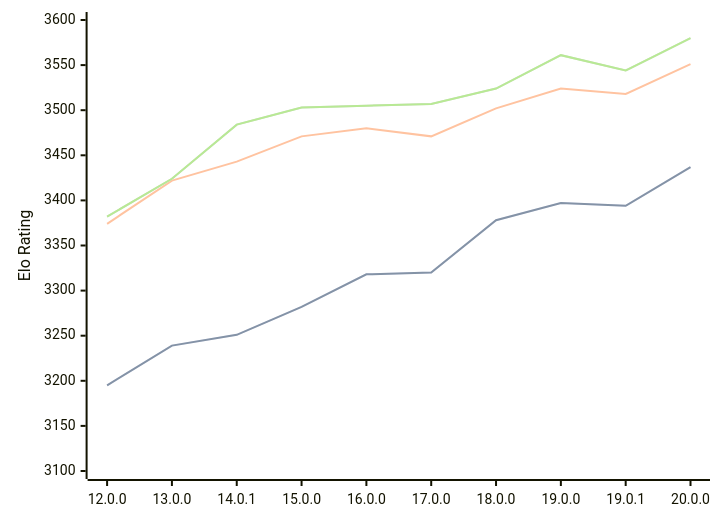
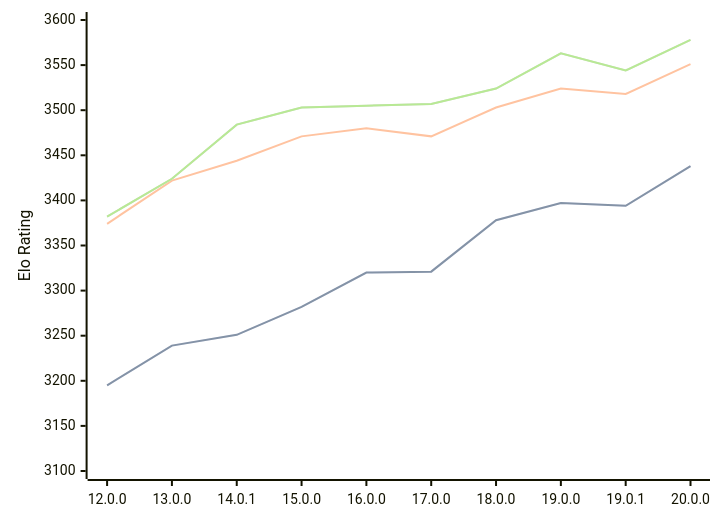
One commit to computer-chess-index/cci changed the diagram in engines/Viridithas.md. Above: the diagram before and after it, drawn with Mermaid. The commit also changed other lines of this file, not shown here.

Commit message:
Update CCI Ratings (ELO VLTC) - 2026-07-30

````diff
--- a/engines/Viridithas.md
+++ b/engines/Viridithas.md
@@ -64,11 +64,11 @@
 ```mermaid
 %%{init: {"theme":"base","themeVariables":{"seriesColors:['#a3a3a3','#222221','#faa371']}}}%%
 xychart-beta
   x-axis ["12.0.0", "13.0.0", "14.0.1", "15.0.0", "16.0.0", "17.0.0", "18.0.0", "19.0.0", "19.0.1", "20.0.0"]
   y-axis "Elo Rating" 3100 --> 3600
-  line "STC (8.0+0.08s)" [3195, 3239, 3251, 3282, 3318, 3320, 3378, 3397, 3394, 3437]
-  line "STC (8.0+0.08s)" [3195, 3239, 3251, 3282, 3318, 3320, 3378, 3397, 3394, 3437]
-  line "LTC (60.0+0.60s)" [3374, 3422, 3443, 3471, 3480, 3471, 3502, 3524, 3518, 3551]
-  line "VLTC (2m24s+1.12s)" [3382, 3424, 3484, 3503, 3505, 3507, 3524, 3561, 3544, 3580]
-  line "VLTC (2m24s+1.12s)" [3382, 3424, 3484, 3503, 3505, 3507, 3524, 3561, 3544, 3580]
+  line "STC (8.0+0.08s)" [3195, 3239, 3251, 3282, 3320, 3321, 3378, 3397, 3394, 3438]
+  line "STC (8.0+0.08s)" [3195, 3239, 3251, 3282, 3320, 3321, 3378, 3397, 3394, 3438]
+  line "LTC (60.0+0.60s)" [3374, 3422, 3444, 3471, 3480, 3471, 3503, 3524, 3518, 3551]
+  line "VLTC (2m24s+1.12s)" [3382, 3424, 3484, 3503, 3505, 3507, 3524, 3563, 3544, 3578]
+  line "VLTC (2m24s+1.12s)" [3382, 3424, 3484, 3503, 3505, 3507, 3524, 3563, 3544, 3578]
 ```
````
